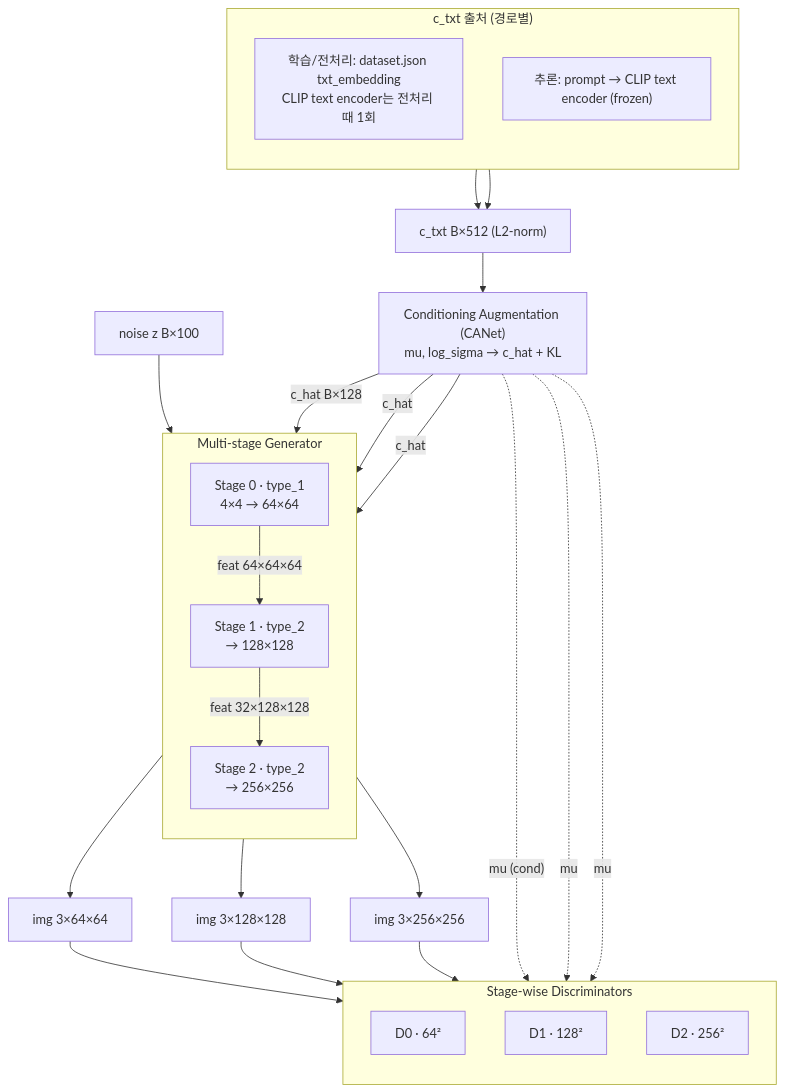
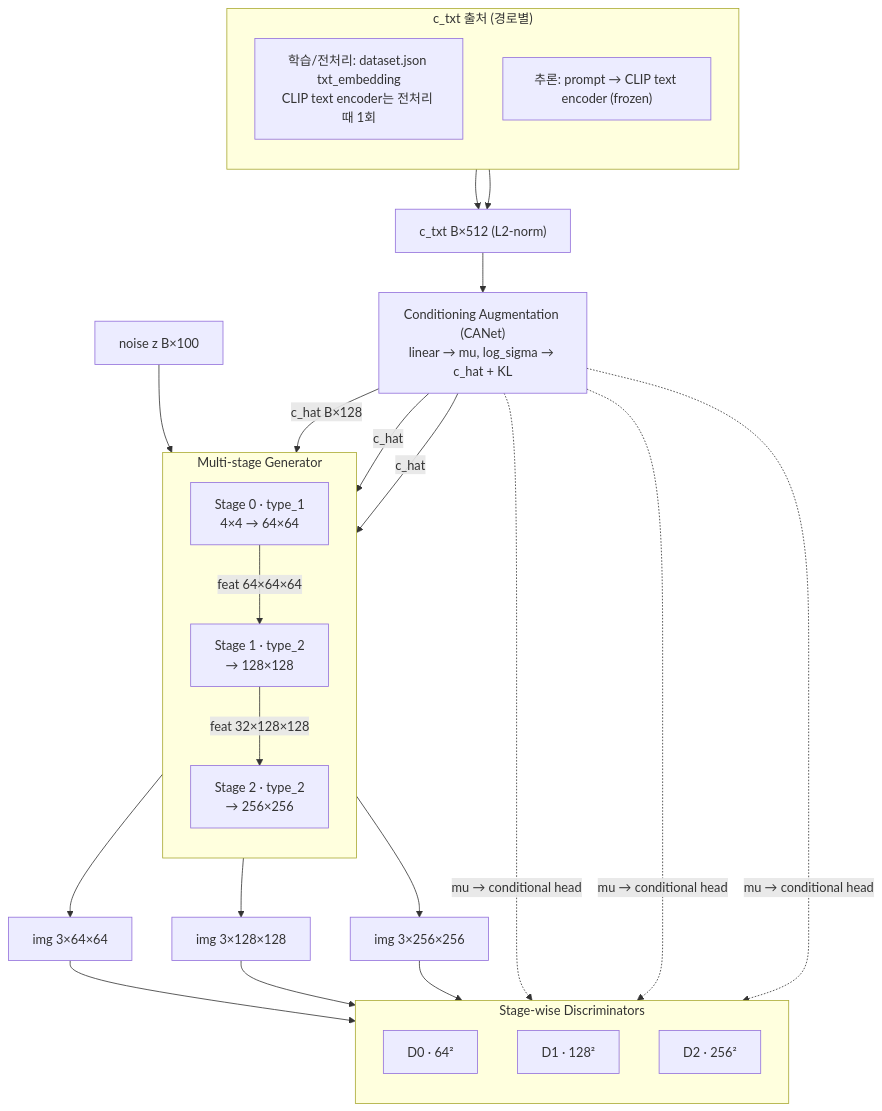
The first of 6 diagrams in docs/explanation/architecture.md (youngunghan/MS-CLIP-GAN-Multi-Stage-Text-to-Image-Generation-with-CLIP-Guided-Synthesis), drawn with Mermaid before and after one commit. The commit also changed other lines of this file and 58 other files, not shown here.

````diff
--- a/docs/explanation/architecture.md
+++ b/docs/explanation/architecture.md
@@ -15,39 +15,39 @@
 ```mermaid
 flowchart TD
     subgraph SRC["c_txt 출처 (경로별)"]
         direction TB
         TR["학습/전처리: dataset.json txt_embedding<br/>CLIP text encoder는 전처리 때 1회"]
         IF["추론: prompt → CLIP text encoder (frozen)"]
     end
     TR --> CT["c_txt B×512 (L2-norm)"]
     IF --> CT
-    CT --> CA["Conditioning Augmentation (CANet)<br/>mu, log_sigma → c_hat + KL"]
+    CT --> CA["Conditioning Augmentation (CANet)<br/>linear → mu, log_sigma → c_hat + KL"]
     Z["noise z B×100"] --> S0
 
     subgraph GEN["Multi-stage Generator"]
         direction TB
         S0["Stage 0 · type_1<br/>4×4 → 64×64"] -->|"feat 64×64×64"| S1["Stage 1 · type_2<br/>→ 128×128"]
         S1 -->|"feat 32×128×128"| S2["Stage 2 · type_2<br/>→ 256×256"]
     end
 
     CA -->|"c_hat B×128"| S0
     CA -->|c_hat| S1
     CA -->|c_hat| S2
 
     S0 --> I0["img 3×64×64"]
     S1 --> I1["img 3×128×128"]
     S2 --> I2["img 3×256×256"]
 
     subgraph DIS["Stage-wise Discriminators"]
         direction TB
         D0["D0 · 64²"]
         D1["D1 · 128²"]
         D2["D2 · 256²"]
     end
     I0 --> D0
     I1 --> D1
     I2 --> D2
-    CA -.->|"mu (cond)"| D0
-    CA -.->|mu| D1
-    CA -.->|mu| D2
+    CA -.->|"mu → conditional head"| D0
+    CA -.->|"mu → conditional head"| D1
+    CA -.->|"mu → conditional head"| D2
 ```
````
